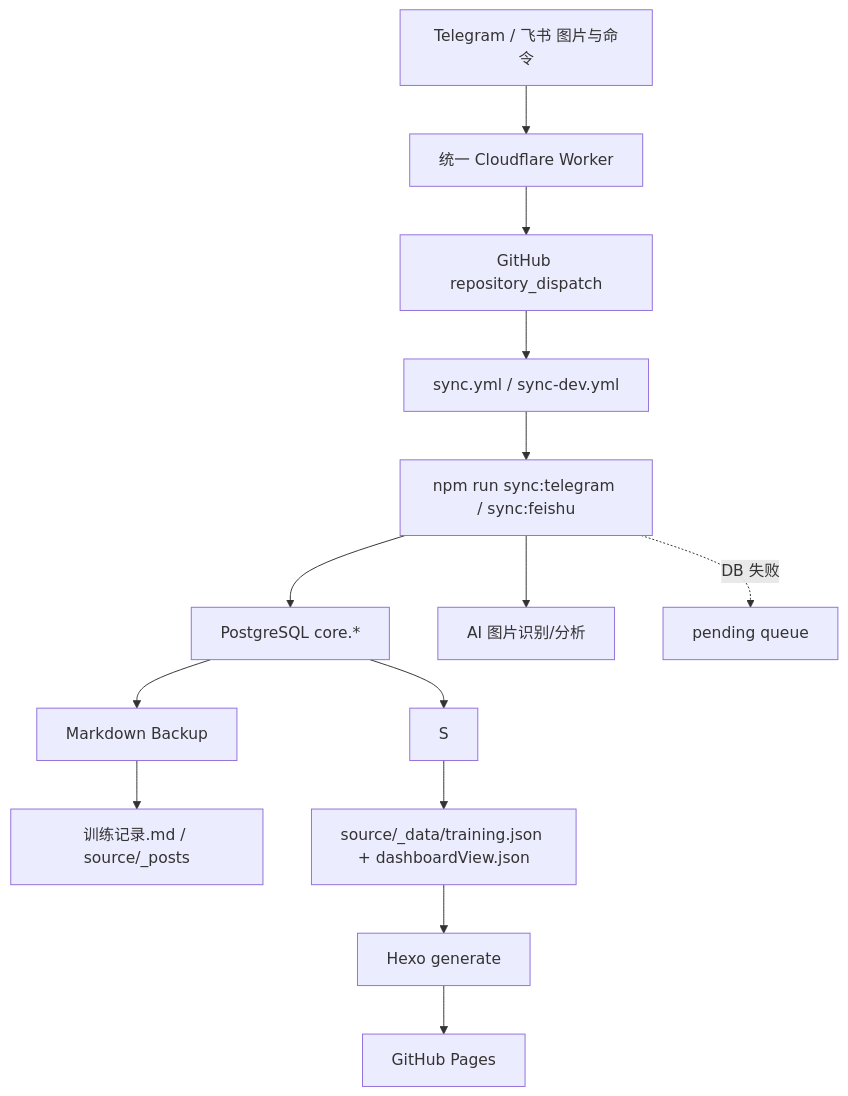
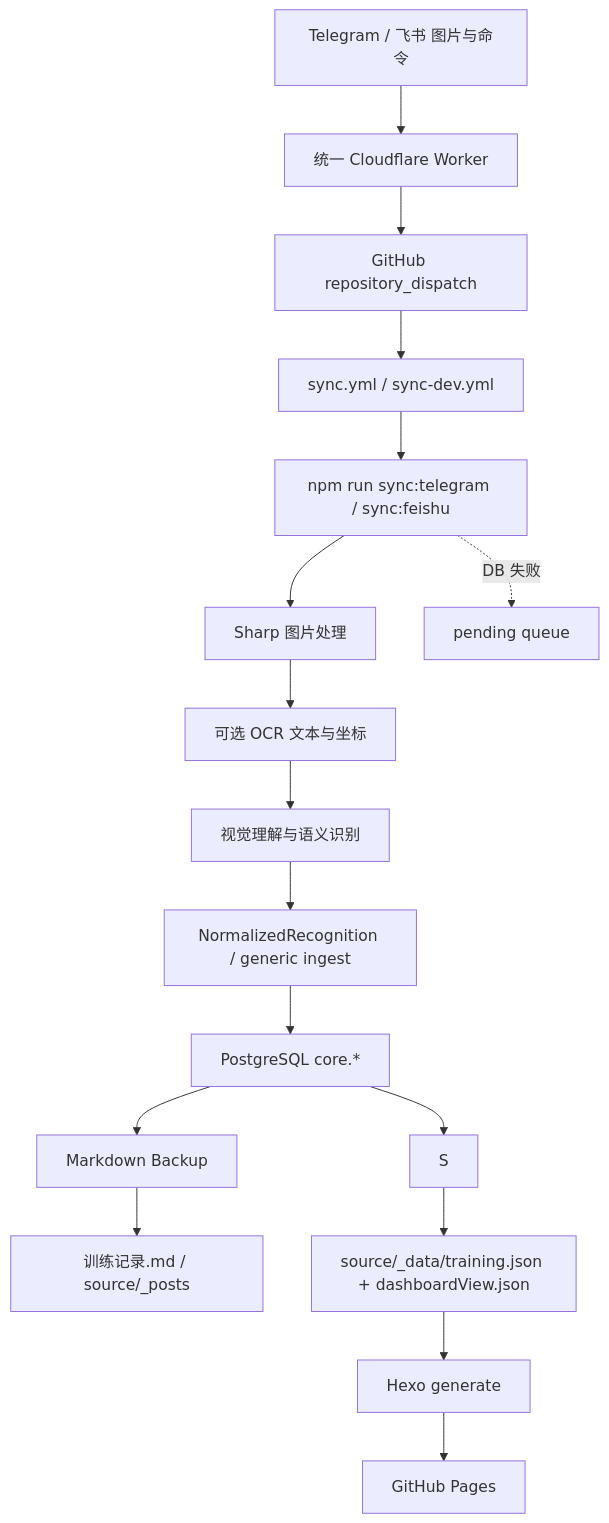
Before and after one commit to soulgo/training_records: the diagram in README.md, drawn with Mermaid. The commit also changed other lines of this file and 75 other files, not shown here.

Commit message:
重构：升级通用截图识别与数据链路

````diff
--- a/README.md
+++ b/README.md
@@ -33,16 +35,19 @@
 ```mermaid
 flowchart TD
   DB["PostgreSQL core.*"] --> S
   MSG["Telegram / 飞书 图片与命令"] --> W["统一 Cloudflare Worker"]
   W --> GH["GitHub repository_dispatch"]
   GH --> SYNC["sync.yml / sync-dev.yml"]
   SYNC --> CMD["npm run sync:telegram / sync:feishu"]
-  CMD --> AI["AI 图片识别/分析"]
-  CMD --> DB
+  CMD --> IMG["Sharp 图片处理"]
+  IMG --> OCR["可选 OCR 文本与坐标"]
+  OCR --> AI["视觉理解与语义识别"]
+  AI --> INGEST["NormalizedRecognition / generic ingest"]
+  INGEST --> DB
   CMD -. "DB 失败" .-> Q["pending queue"]
   DB --> BAK["Markdown Backup"]
   BAK --> A["训练记录.md / source/_posts"]
   S --> DATA["source/_data/training.json + dashboardView.json"]
   DATA --> HEXO["Hexo generate"]
   HEXO --> PAGES["GitHub Pages"]
 ```
````
